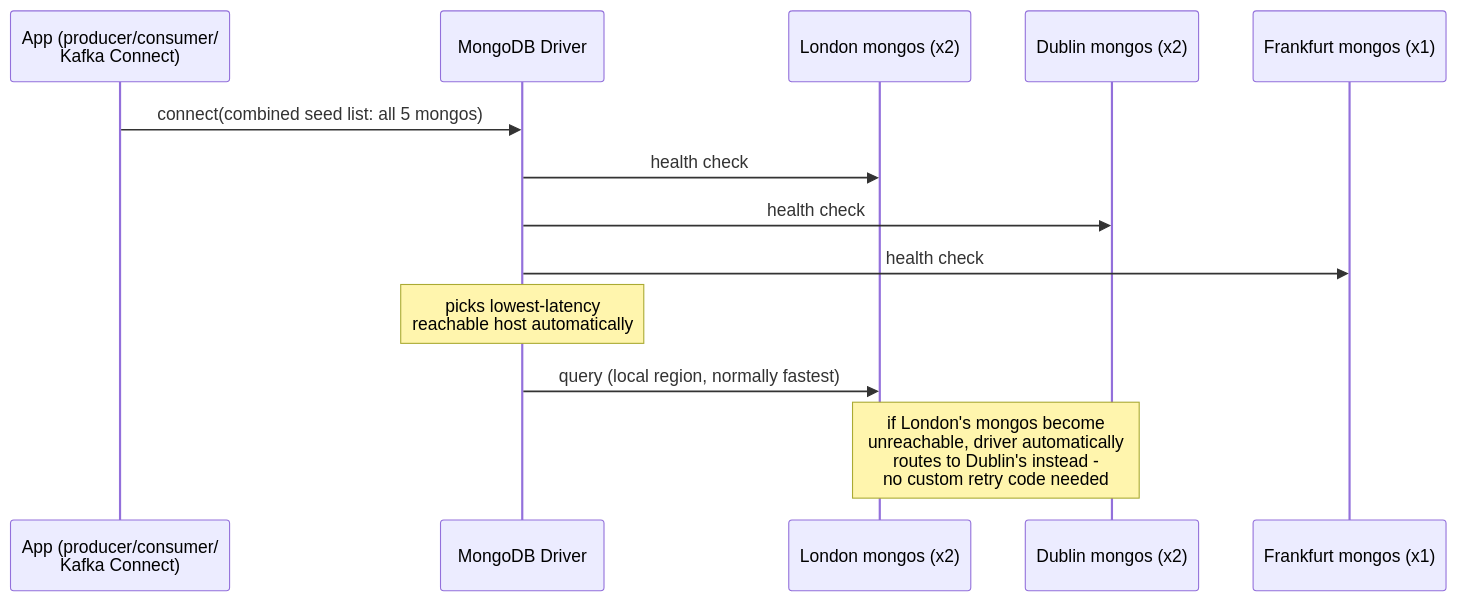
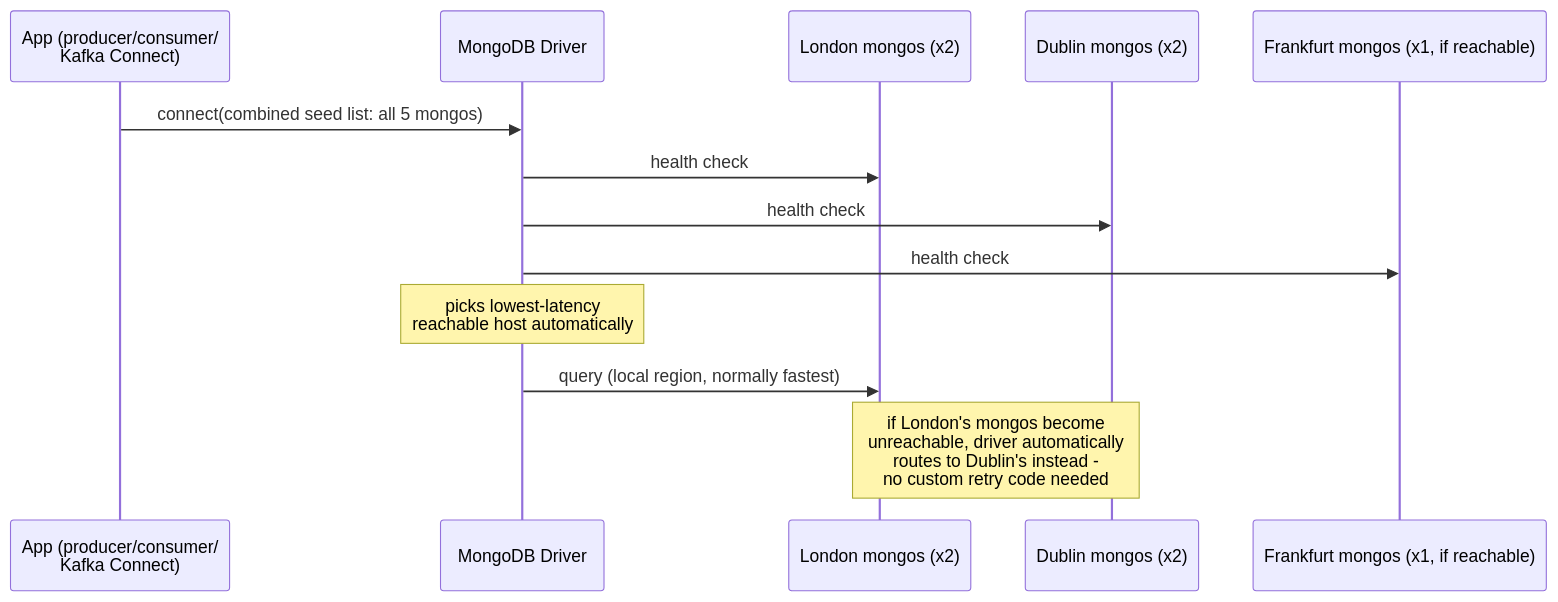
Before and after one commit to johnlpage/DistKafka: the fifth of 6 diagrams in ARCHITECTURE.md, drawn with Mermaid. The commit also changed other lines of this file and 12 other files, not shown here.

````diff
--- a/ARCHITECTURE.md
+++ b/ARCHITECTURE.md
@@ -253,16 +250,16 @@
 ```mermaid
 sequenceDiagram
     participant App as App (producer/consumer/<br/>Kafka Connect)
     participant Driver as MongoDB Driver
     participant LM as London mongos (x2)
     participant DM as Dublin mongos (x2)
-    participant FM as Frankfurt mongos (x1)
+    participant FM as Frankfurt mongos (x1, if reachable)
 
     App->>Driver: connect(combined seed list: all 5 mongos)
     Driver->>LM: health check
     Driver->>DM: health check
     Driver->>FM: health check
     Note over Driver: picks lowest-latency<br/>reachable host automatically
     Driver->>LM: query (local region, normally fastest)
     Note over LM,DM: if London's mongos become<br/>unreachable, driver automatically<br/>routes to Dublin's instead -<br/>no custom retry code needed
 ```
````
